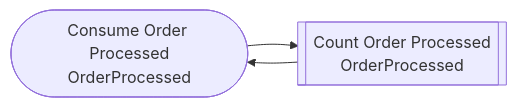
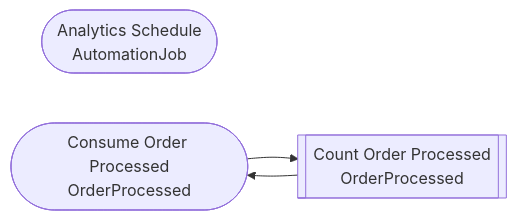
One commit to gorundebug/cppboostexample changed the diagram in analyticsservice/docs/analytics.md. Above: the diagram before and after it, drawn with Mermaid. The commit also changed 41 other files, not shown here.

````diff
--- a/analyticsservice/docs/analytics.md
+++ b/analyticsservice/docs/analytics.md
@@ -3,9 +3,11 @@
 ```mermaid
 flowchart LR
-  s1(["Consume Order Processed
+  s1(["Analytics Schedule
+AutomationJob"])
+  s2(["Consume Order Processed
 OrderProcessed"])
-  s2[["Count Order Processed
+  s3[["Count Order Processed
 OrderProcessed"]]
-  s2 --> s1
-  s1 --> s2
+  s3 --> s2
+  s2 --> s3
 ```
````
